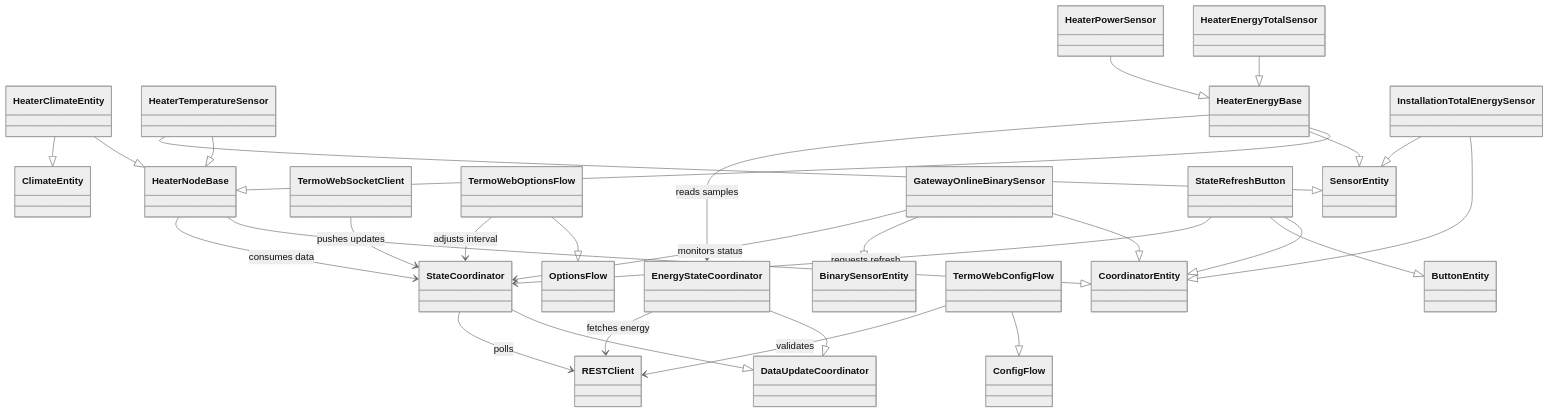
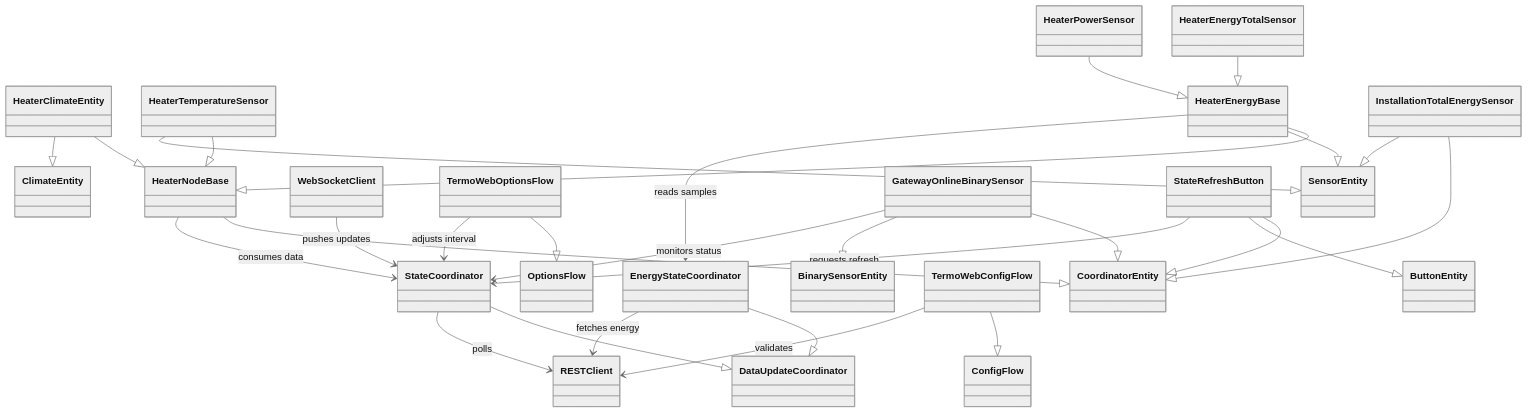
The second of 2 diagrams in docs/architecture.md (ha-termoweb/ha-termoweb), drawn with Mermaid (neutral theme) before and after one commit. The commit also changed other lines of this file and 7 other files, not shown here.

````diff
--- a/docs/architecture.md
+++ b/docs/architecture.md
@@ -103,61 +103,61 @@
 ```mermaid
 classDiagram
     %% Core Home Assistant base classes
     class ConfigFlow
     class OptionsFlow
     class DataUpdateCoordinator
     class CoordinatorEntity
     class ClimateEntity
     class SensorEntity
     class BinarySensorEntity
     class ButtonEntity
 
     %% Integration classes
     class RESTClient
-    class TermoWebSocketClient
+    class WebSocketClient
     class TermoWebConfigFlow
     class TermoWebOptionsFlow
     class StateCoordinator
     class EnergyStateCoordinator
     class HeaterNodeBase
     class HeaterClimateEntity
     class HeaterTemperatureSensor
     class HeaterEnergyBase
     class HeaterEnergyTotalSensor
     class HeaterPowerSensor
     class InstallationTotalEnergySensor
     class GatewayOnlineBinarySensor
     class StateRefreshButton
 
     %% Inheritance
     TermoWebConfigFlow --|> ConfigFlow
     TermoWebOptionsFlow --|> OptionsFlow
     StateCoordinator --|> DataUpdateCoordinator
     EnergyStateCoordinator --|> DataUpdateCoordinator
     HeaterNodeBase --|> CoordinatorEntity
     HeaterClimateEntity --|> HeaterNodeBase
     HeaterClimateEntity --|> ClimateEntity
     HeaterTemperatureSensor --|> HeaterNodeBase
     HeaterTemperatureSensor --|> SensorEntity
     HeaterEnergyBase --|> HeaterNodeBase
     HeaterEnergyBase --|> SensorEntity
     HeaterEnergyTotalSensor --|> HeaterEnergyBase
     HeaterPowerSensor --|> HeaterEnergyBase
     InstallationTotalEnergySensor --|> CoordinatorEntity
     InstallationTotalEnergySensor --|> SensorEntity
     GatewayOnlineBinarySensor --|> CoordinatorEntity
     GatewayOnlineBinarySensor --|> BinarySensorEntity
     StateRefreshButton --|> CoordinatorEntity
     StateRefreshButton --|> ButtonEntity
 
     %% Usage relationships
     TermoWebConfigFlow --> RESTClient : validates
     TermoWebOptionsFlow --> StateCoordinator : adjusts interval
     StateCoordinator --> RESTClient : polls
     EnergyStateCoordinator --> RESTClient : fetches energy
-    TermoWebSocketClient --> StateCoordinator : pushes updates
+    WebSocketClient --> StateCoordinator : pushes updates
     HeaterNodeBase --> StateCoordinator : consumes data
     HeaterEnergyBase --> EnergyStateCoordinator : reads samples
     GatewayOnlineBinarySensor --> StateCoordinator : monitors status
     StateRefreshButton --> StateCoordinator : requests refresh
 ```
````
